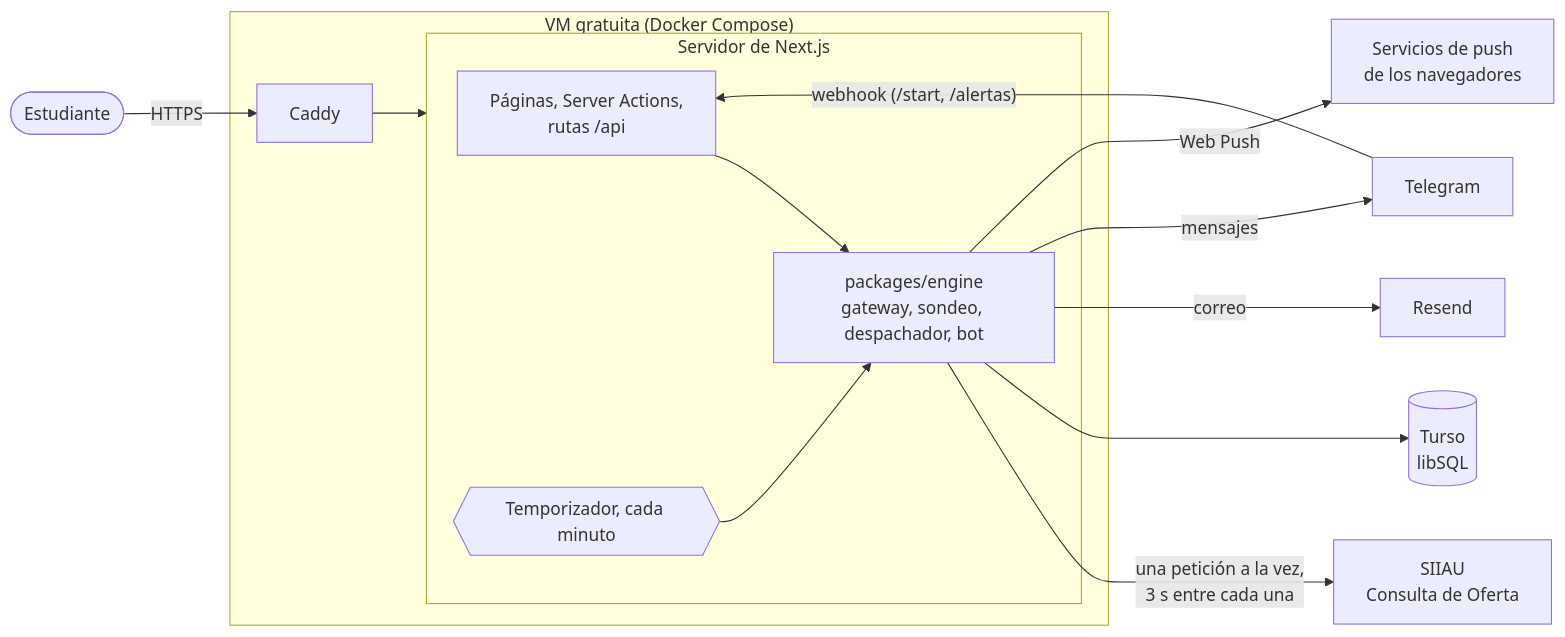
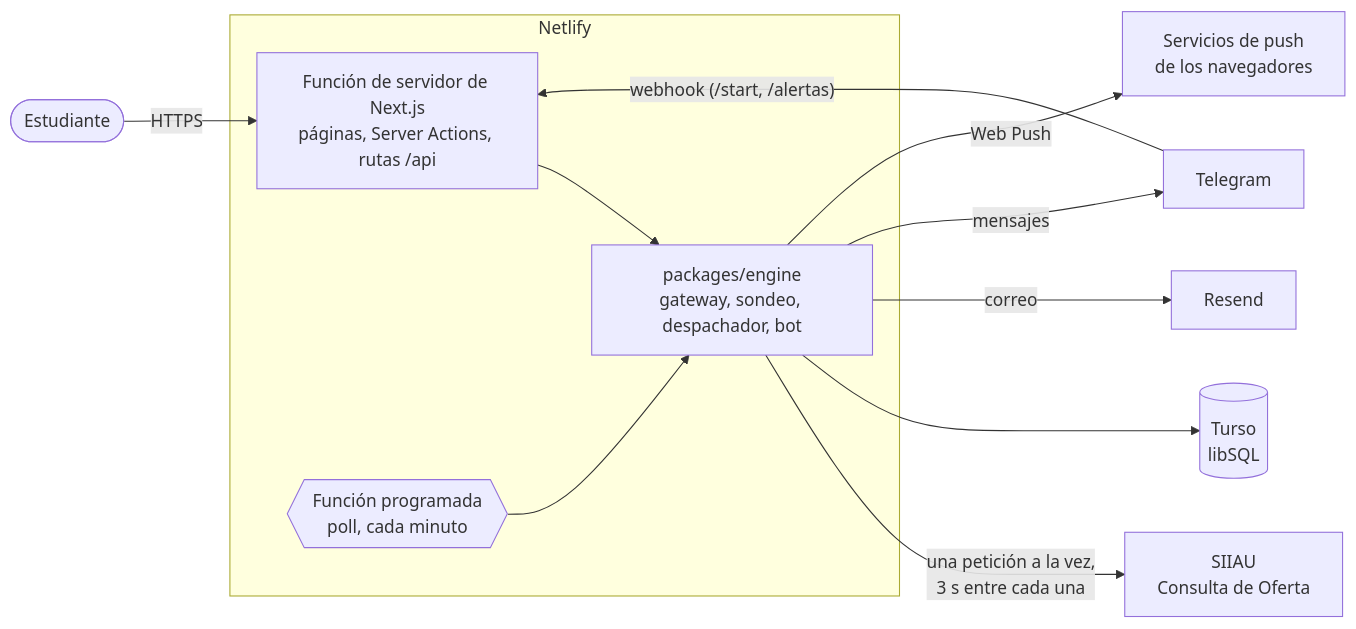
One commit to marvin7460/SiiauAlarma changed the diagram in README.es.md. Above: the diagram before and after it, drawn with Mermaid. The commit also changed other lines of this file and 7 other files, not shown here.

````diff
--- a/README.es.md
+++ b/README.es.md
@@ -65,21 +65,17 @@
 ```mermaid
 flowchart LR
-  student([Estudiante]) -- "HTTPS" --> caddy[Caddy]
-  caddy --> app
-  subgraph vm["VM gratuita (Docker Compose)"]
-    caddy
-    subgraph app["Servidor de Next.js"]
-      pages["Páginas, Server Actions,<br/>rutas /api"]
-      engine["packages/engine<br/>gateway, sondeo, despachador, bot"]
-      cron{{"Temporizador, cada minuto"}}
-      pages --> engine
-      cron --> engine
-    end
+  student([Estudiante]) -- "HTTPS" --> pages
+  subgraph netlify["Netlify"]
+    pages["Función de servidor de Next.js<br/>páginas, Server Actions, rutas /api"]
+    cron{{"Función programada<br/>poll, cada minuto"}}
+    engine["packages/engine<br/>gateway, sondeo, despachador, bot"]
+    pages --> engine
+    cron --> engine
   end
   engine -- "una petición a la vez,<br/>3 s entre cada una" --> siiau["SIIAU<br/>Consulta de Oferta"]
   engine --> db[("Turso<br/>libSQL")]
   engine -- correo --> resend[Resend]
   engine -- mensajes --> telegram[Telegram]
   telegram -- "webhook (/start, /alertas)" --> pages
   engine -- "Web Push" --> push["Servicios de push<br/>de los navegadores"]
 ```
````
